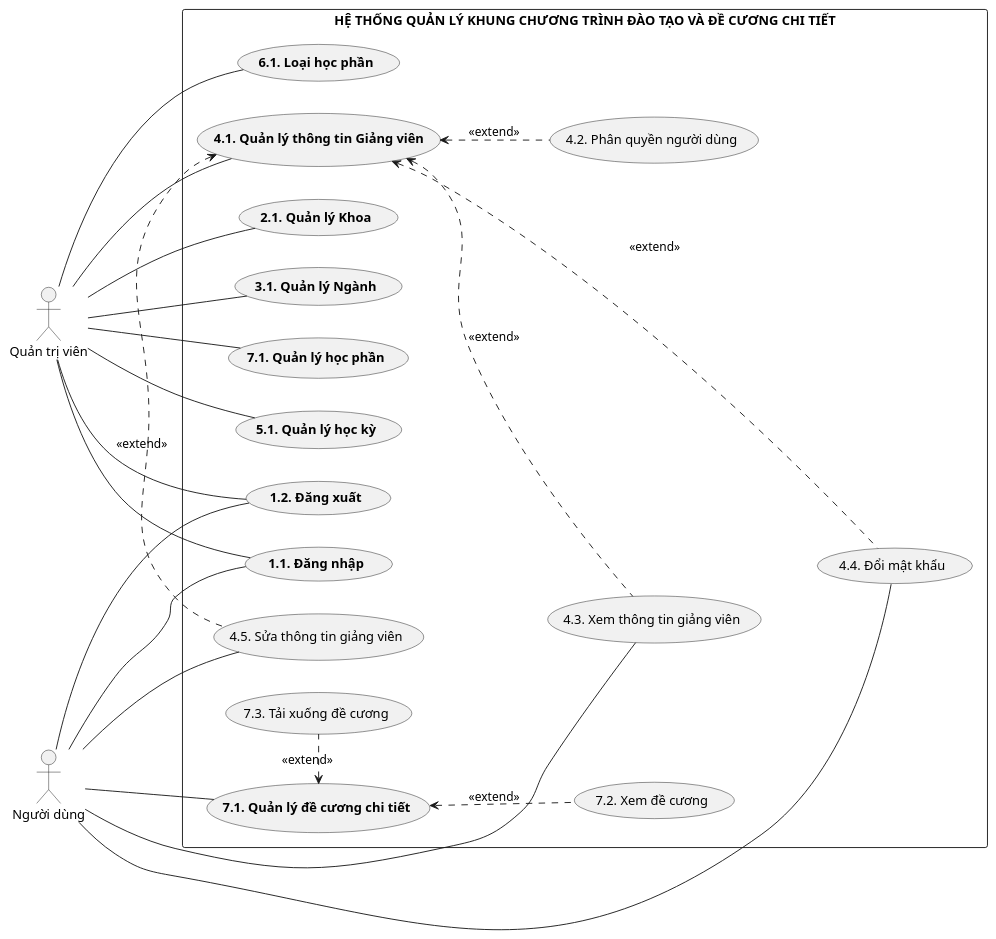
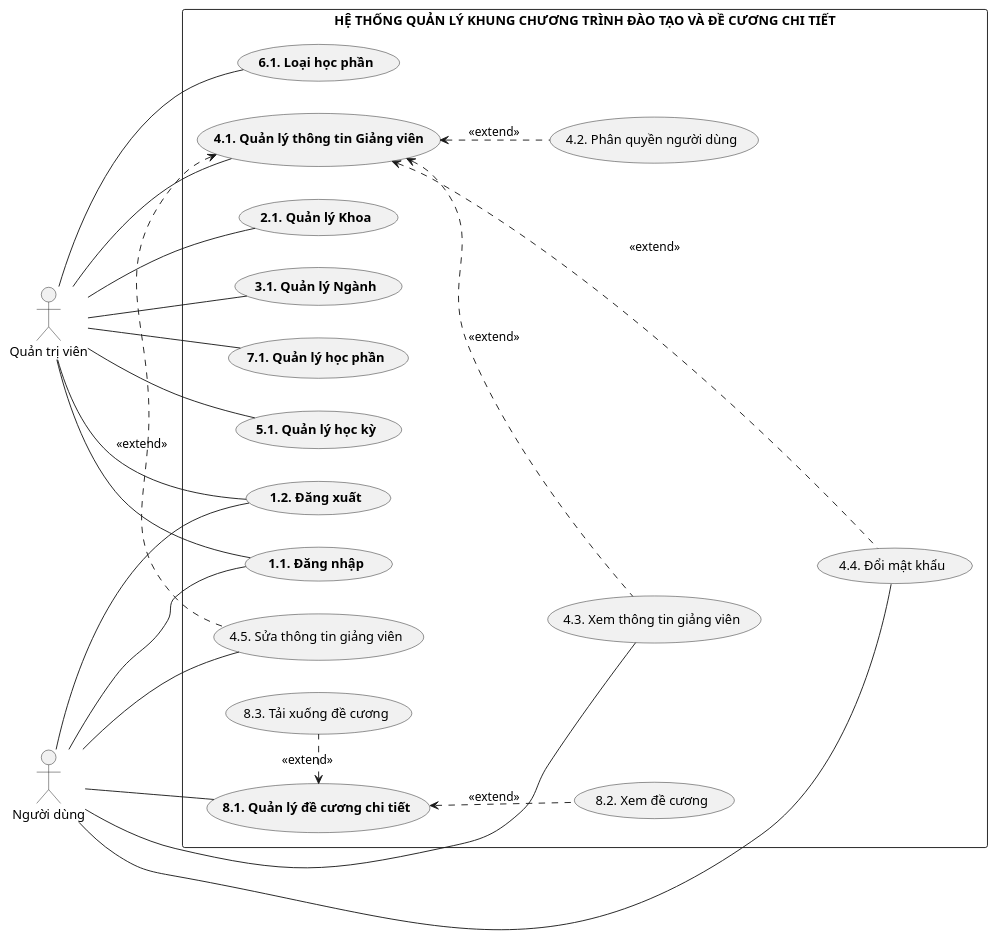
Before and after one commit to NhanNguyen1152/_EduSystem: the diagram in Diagrams/UseCase.plantuml, drawn with PlantUML.

Commit message:
UPDATE USECASE LAN 2

```diff
--- a/Diagrams/UseCase.plantuml
+++ b/Diagrams/UseCase.plantuml
@@ -1,52 +1,52 @@
 @startuml uc
 'skinparam linetype ortho
 'scale  2/3
 left to right direction
 actor "Quản trị viên" as ad
 actor "Người dùng" as us
 
 rectangle "**HỆ THỐNG QUẢN LÝ KHUNG CHƯƠNG TRÌNH ĐÀO TẠO VÀ ĐỀ CƯƠNG CHI TIẾT**" {
   usecase "**1.2. Đăng xuất**" as dx
   usecase "**4.1. Quản lý thông tin Giảng viên**" as qlttgv
   usecase "**1.1. Đăng nhập**" as dn
-  usecase "**7.1. Quản lý đề cương chi tiết**" as qldcct
+  usecase "**8.1. Quản lý đề cương chi tiết**" as qldcct
   'usecase "Quản lý chương trình đạo tạo" as qlctdt
   usecase "4.3. Xem thông tin giảng viên" as xttgv
   usecase "4.5. Sửa thông tin giảng viên" as sttgv
   usecase "4.4. Đổi mật khẩu" as dmk
-  usecase "7.3. Tải xuống đề cương" as txdc
-  usecase "7.2. Xem đề cương" as xdc
+  usecase "8.3. Tải xuống đề cương" as txdc
+  usecase "8.2. Xem đề cương" as xdc
   'usecase "Xem chương trình đào tạo" as xctdt
   usecase "**2.1. Quản lý Khoa**" as qlk
   usecase "**3.1. Quản lý Ngành**" as qln
   usecase "**7.1. Quản lý học phần**" as qlhp
   usecase "**5.1. Quản lý học kỳ**" as qlhk
   ' quantrivien
   usecase "4.2. Phân quyền người dùng" as pqnd
   usecase "**6.1. Loại học phần**" as lhp
 }
 
 us -- dn
 ad - dn
 qlttgv <.. xttgv : <<extend>>
 qlttgv <... dmk : <<extend>>
 qlttgv <. sttgv : <<extend>>
 us - xttgv
 us -- dmk
 us - sttgv
 qldcct <. txdc : <<extend>>
 qldcct <.. xdc : <<extend>>
 qlttgv <.. pqnd : <<extend>>
 ad -- qlttgv
 ad -- dx
 us - dx
 'qlctdt <. xctdt : <<extend>>
 'us --> xctdt
 us - qldcct
 ad - qlk
 ad - qln
 ad - qlhp
 ad - qlhk
 ad - lhp
 
 @enduml
```
